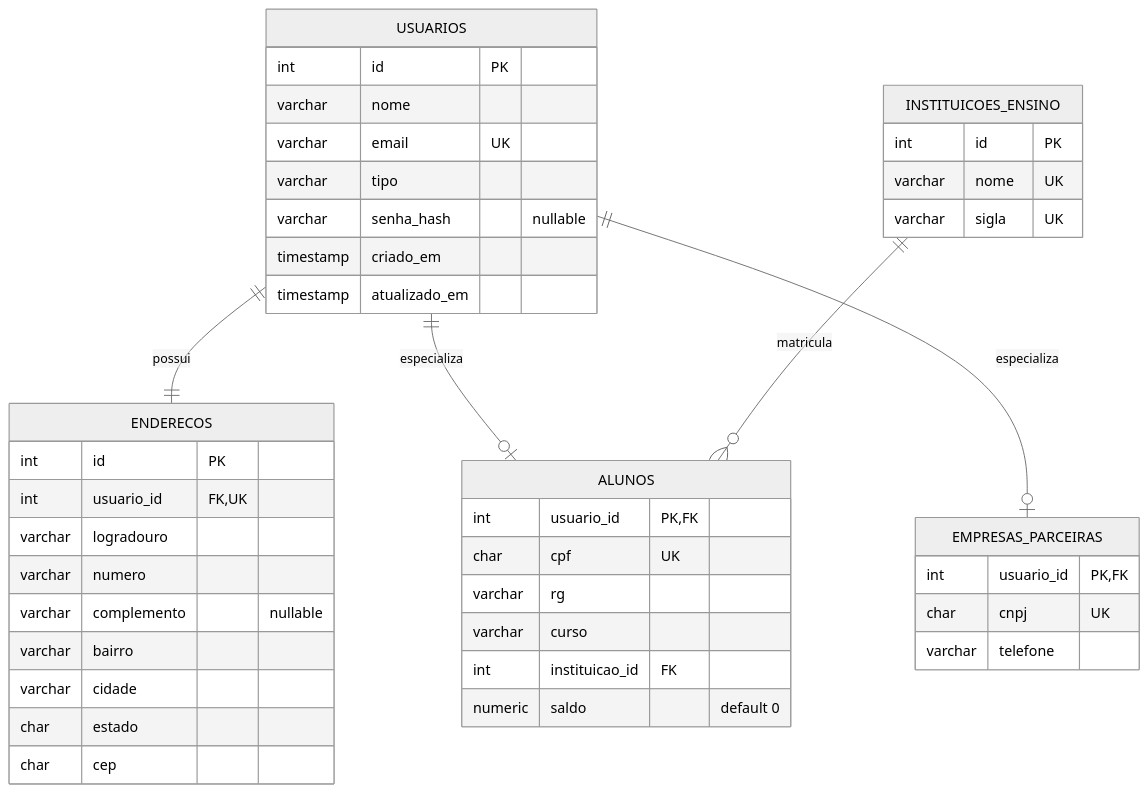
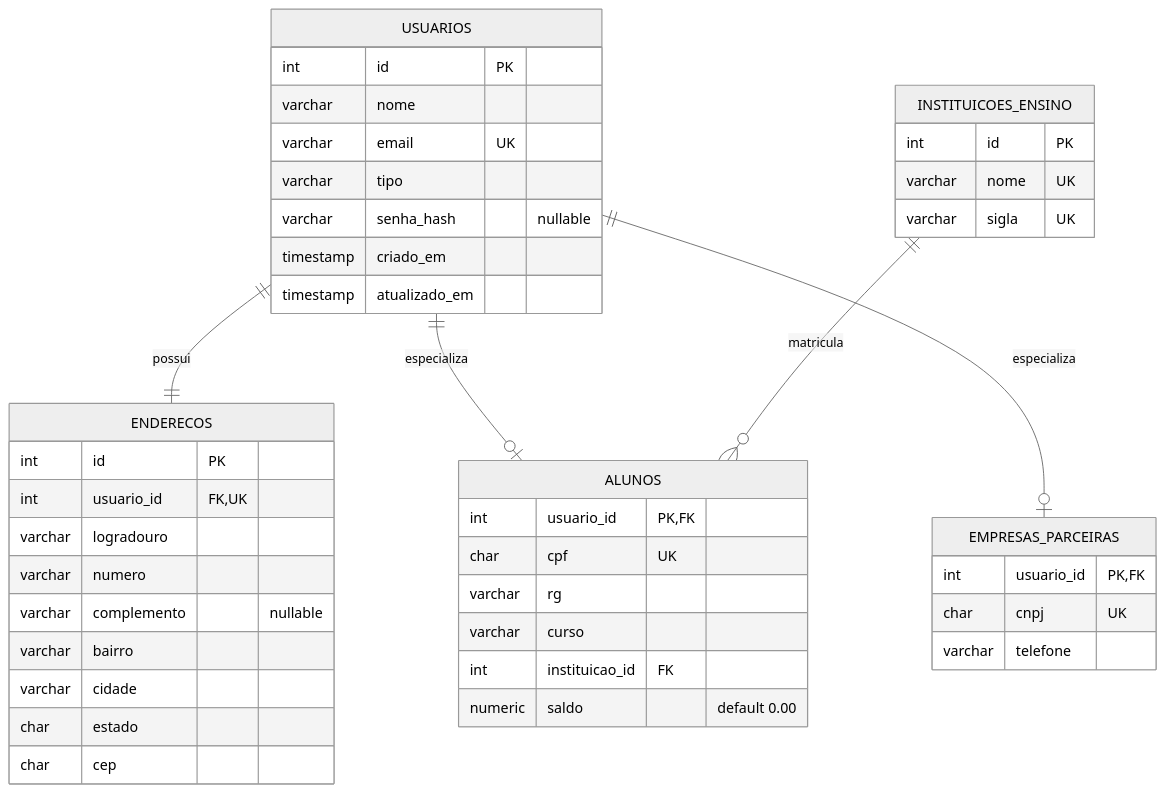
One commit to gusLeonardi/moeda-estudantil changed the diagram in docs/modelo-er.mmd. Above: the diagram before and after it, drawn with Mermaid (neutral theme). The commit also changed 30 other files, not shown here.

Commit message:
feat: finalize sprint 3 CRUDs, validation and architecture documentation

```diff
--- a/docs/modelo-er.mmd
+++ b/docs/modelo-er.mmd
@@ -1,43 +1,44 @@
+%% Conquista — Modelo ER da Sprint 3
 erDiagram
   USUARIOS ||--|| ENDERECOS : possui
   USUARIOS ||--o| ALUNOS : especializa
   USUARIOS ||--o| EMPRESAS_PARCEIRAS : especializa
   INSTITUICOES_ENSINO ||--o{ ALUNOS : matricula
   USUARIOS {
     int id PK
     varchar nome
     varchar email UK
     varchar tipo
     varchar senha_hash "nullable"
     timestamp criado_em
     timestamp atualizado_em
   }
   ENDERECOS {
     int id PK
     int usuario_id FK,UK
     varchar logradouro
     varchar numero
     varchar complemento "nullable"
     varchar bairro
     varchar cidade
     char estado
     char cep
   }
   INSTITUICOES_ENSINO {
     int id PK
     varchar nome UK
     varchar sigla UK
   }
   ALUNOS {
     int usuario_id PK,FK
     char cpf UK
     varchar rg
     varchar curso
     int instituicao_id FK
-    numeric saldo "default 0"
+    numeric saldo "default 0.00"
   }
   EMPRESAS_PARCEIRAS {
     int usuario_id PK,FK
     char cnpj UK
     varchar telefone
   }
```
